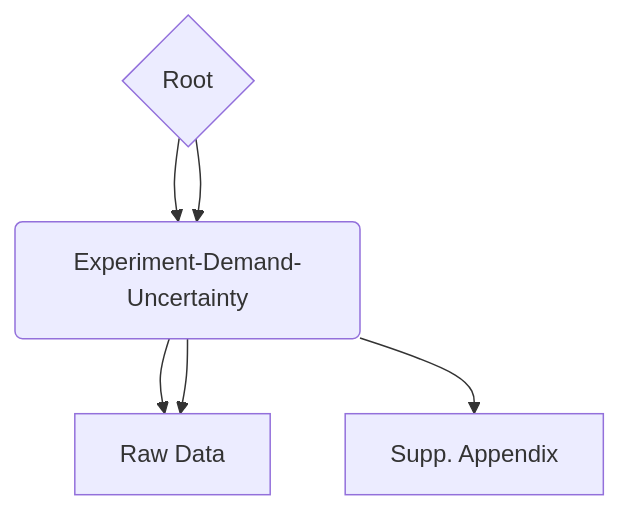
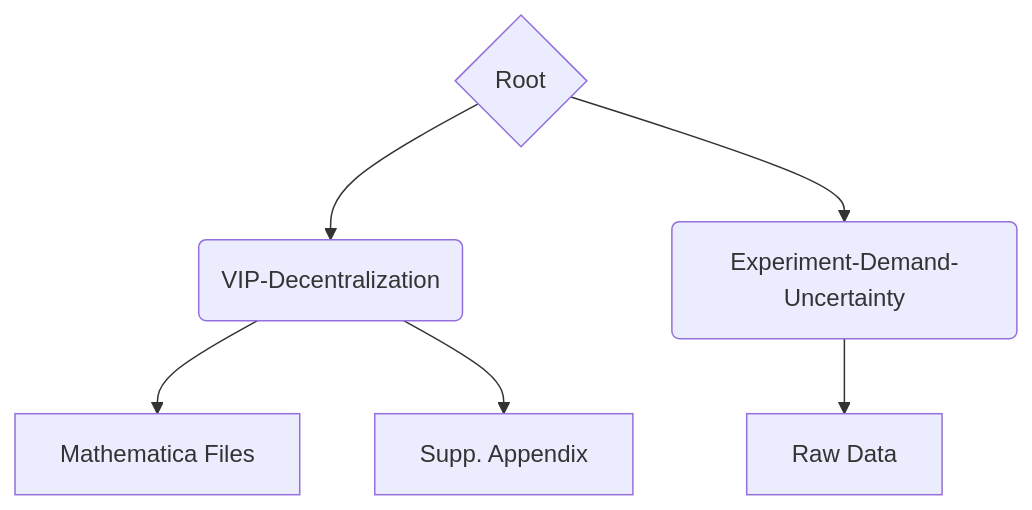
One commit to npasquier/online-research-material changed the diagram in README.md. Above: the diagram before and after it, drawn with Mermaid.

````diff
--- a/README.md
+++ b/README.md
@@ -9,8 +9,8 @@
 ```mermaid
    graph TD;
-      di{Root} --> sq(VIP-Decentralization);
+     di{Root} --> sq(VIP-Decentralization);
       sq(VIP-Decentralization) --> A[Mathematica Files];
       sq(VIP-Decentralization) --> B[Supp. Appendix];
-      di{Root} --> sq(Experiment-Demand-Uncertainty);
-      sq(Experiment-Demand-Uncertainty) --> A[Raw Data];
+      di{Root} --> q(Experiment-Demand-Uncertainty);
+      q(Experiment-Demand-Uncertainty) --> C[Raw Data];
 ```
````
